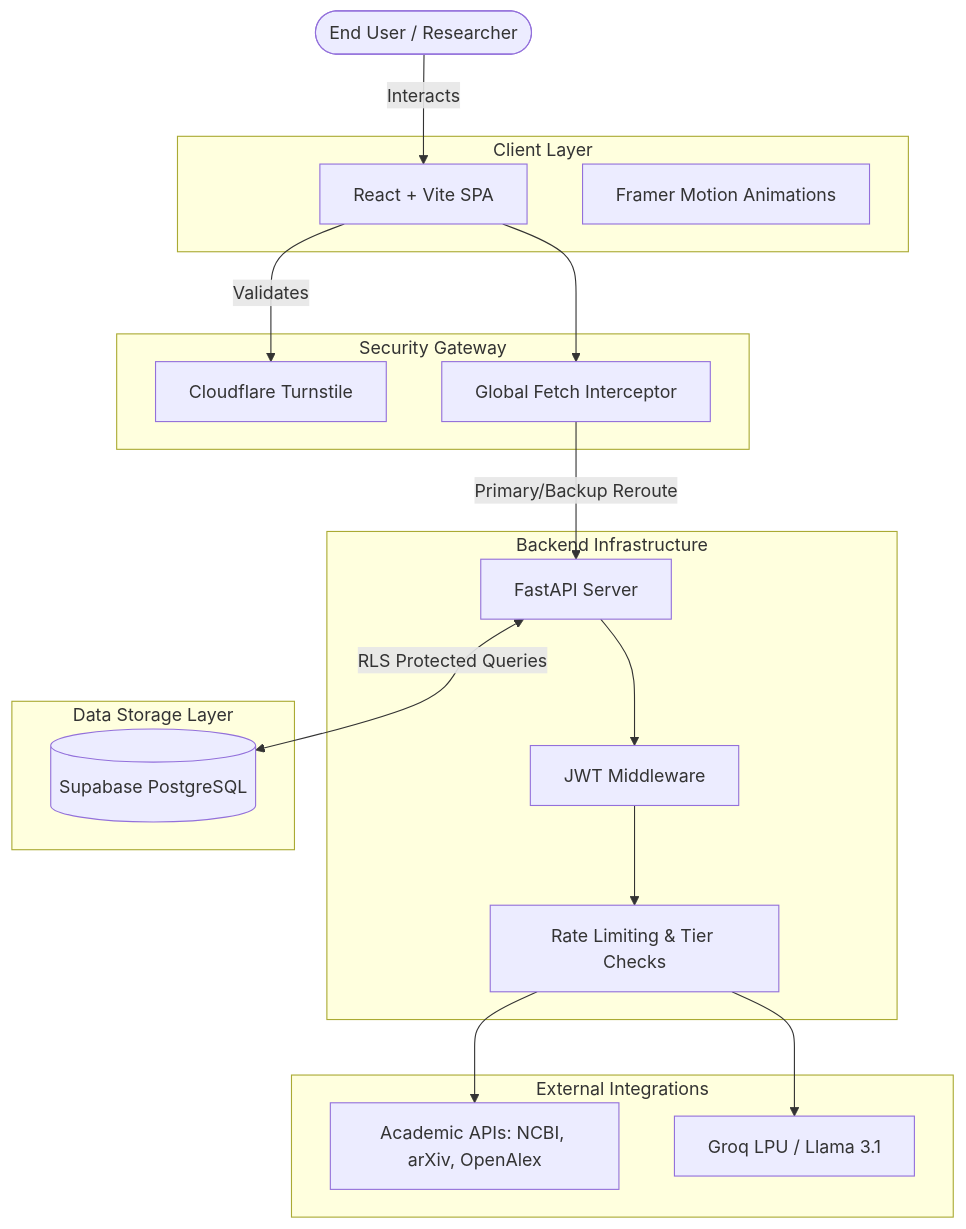
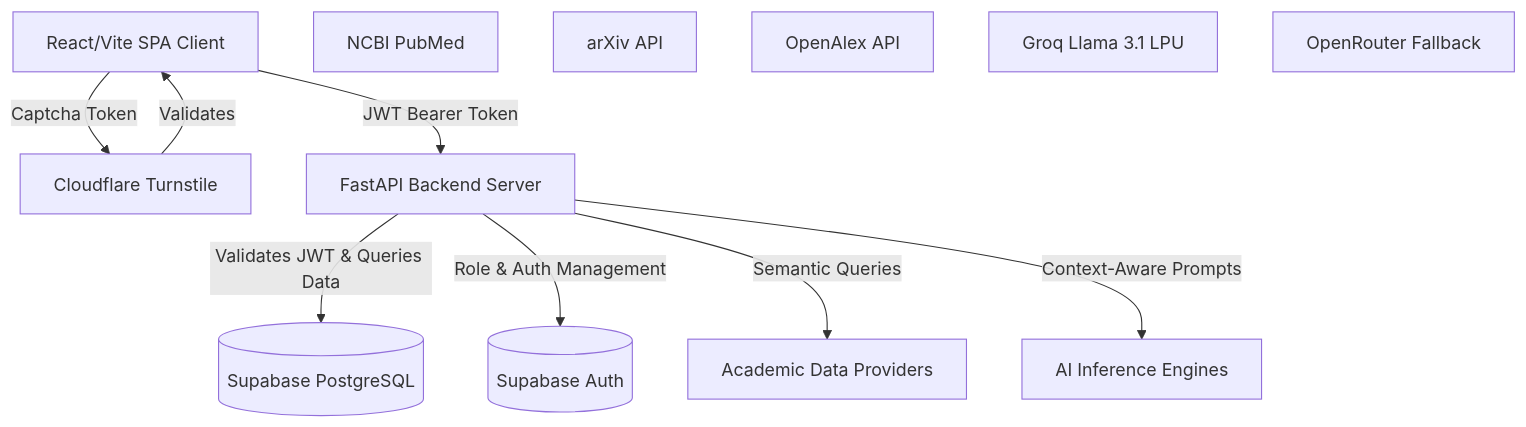
One commit to CodeWithPritom/ScholarHub-frontend changed the first of 7 diagrams in SYSTEM_ARCHITECTURE_DEEP_DIVE.md. Above: the diagram before and after it, drawn with Mermaid. The commit also changed other lines of this file, not shown here.

Commit message:
Create System Architecture Flow

````diff
--- a/SYSTEM_ARCHITECTURE_DEEP_DIVE.md
+++ b/SYSTEM_ARCHITECTURE_DEEP_DIVE.md
@@ -12,39 +12,27 @@
 ```mermaid
 graph TD
-    User([End User / Researcher])
+    Client[React/Vite SPA Client]
+    Turnstile[Cloudflare Turnstile]
+    FastAPI[FastAPI Backend Server]
+    SupabaseDB[(Supabase PostgreSQL)]
+    Auth[(Supabase Auth)]
     
-    subgraph Client Layer
-        React[React + Vite SPA]
-        Framer[Framer Motion Animations]
-    end
+    SubGraph1[Academic Data Providers]
+    NCBI[NCBI PubMed]
+    Arxiv[arXiv API]
+    OpenAlex[OpenAlex API]
     
-    subgraph Security Gateway
-        Turnstile[Cloudflare Turnstile]
-        Interceptor[Global Fetch Interceptor]
-    end
+    SubGraph2[AI Inference Engines]
+    Groq[Groq Llama 3.1 LPU]
+    OpenRouter[OpenRouter Fallback]
+
+    Client -- JWT Bearer Token --> FastAPI
+    Client -- Captcha Token --> Turnstile
+    Turnstile -- Validates --> Client
     
-    subgraph Backend Infrastructure
-        FastAPI[FastAPI Server]
-        Auth[JWT Middleware]
-        RateLimit[Rate Limiting & Tier Checks]
-    end
+    FastAPI -- Validates JWT & Queries Data --> SupabaseDB
+    FastAPI -- Role & Auth Management --> Auth
     
-    subgraph Data Storage Layer
-        Supabase[(Supabase PostgreSQL)]
-    end
-    
-    subgraph External Integrations
-        APIs[Academic APIs: NCBI, arXiv, OpenAlex]
-        Groq[Groq LPU / Llama 3.1]
-    end
-    
-    User -->|Interacts| React
-    React -->|Validates| Turnstile
-    React --> Interceptor
-    Interceptor -->|Primary/Backup Reroute| FastAPI
-    FastAPI --> Auth
-    Auth --> RateLimit
-    RateLimit --> APIs
-    RateLimit --> Groq
-    FastAPI <-->|RLS Protected Queries| Supabase
+    FastAPI -- Semantic Queries --> SubGraph1
+    FastAPI -- Context-Aware Prompts --> SubGraph2
 ```
````
